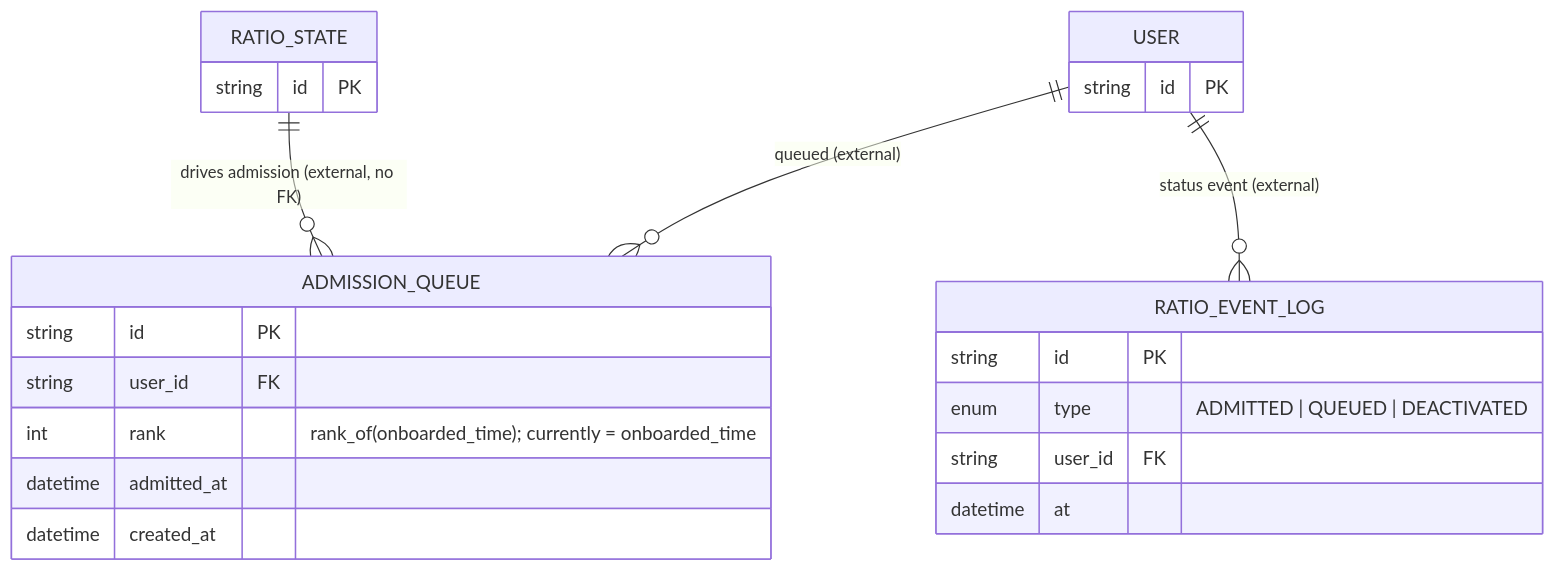
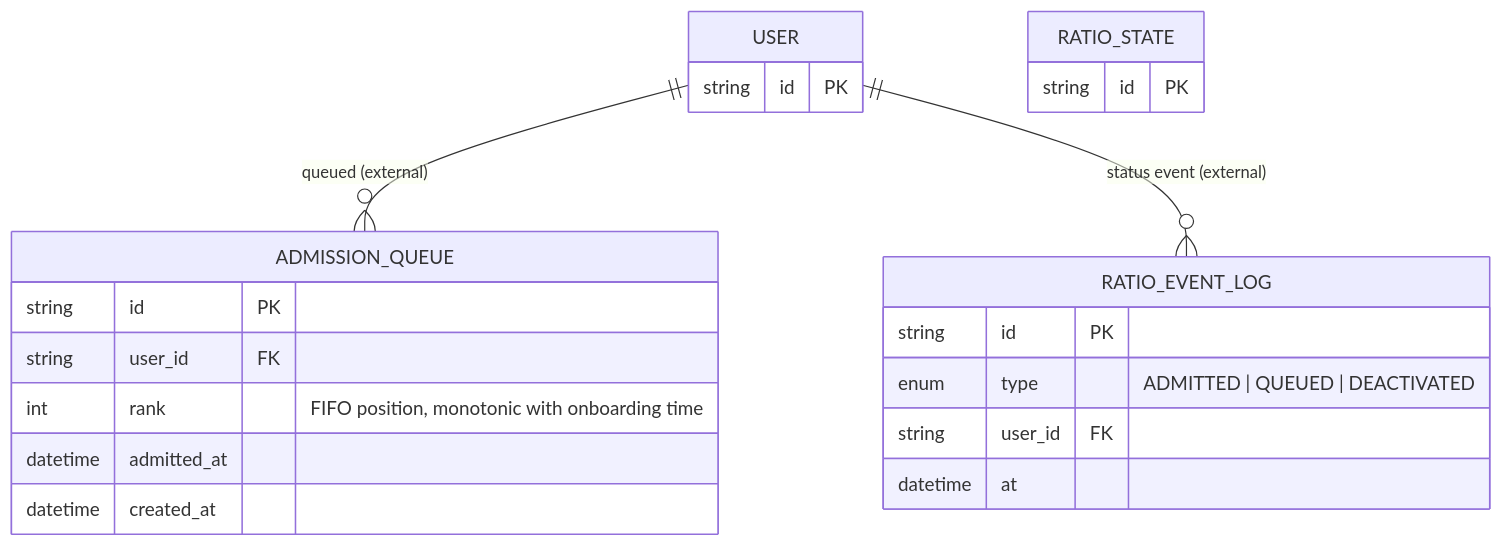
The third of 8 diagrams in entities/er-diagram.md (cheetah-org/fold-design), drawn with Mermaid before and after one commit. The commit also changed other lines of this file and 12 other files, not shown here.

First line of the commit message:
Sync ER diagram with API specs, replace city with location/region, fix cross-doc errors

````diff
--- a/entities/er-diagram.md
+++ b/entities/er-diagram.md
@@ -268,30 +288,29 @@
 ```mermaid
 erDiagram
     %% Owned entities
     ADMISSION_QUEUE {
         string id PK
         string user_id FK
-        int rank "rank_of(onboarded_time); currently = onboarded_time"
+        int rank "FIFO position, monotonic with onboarding time"
         datetime admitted_at
         datetime created_at
     }
     RATIO_EVENT_LOG {
         string id PK
         enum type "ADMITTED | QUEUED | DEACTIVATED"
         string user_id FK
         datetime at
     }
 
     %% External references (owned by User / Analytics Service)
     USER {
         string id PK
     }
     RATIO_STATE {
         string id PK
     }
 
     %% Relationships
     USER ||--o{ ADMISSION_QUEUE : "queued (external)"
     USER ||--o{ RATIO_EVENT_LOG : "status event (external)"
-    RATIO_STATE ||--o{ ADMISSION_QUEUE : "drives admission (external, no FK)"
 ```
````
